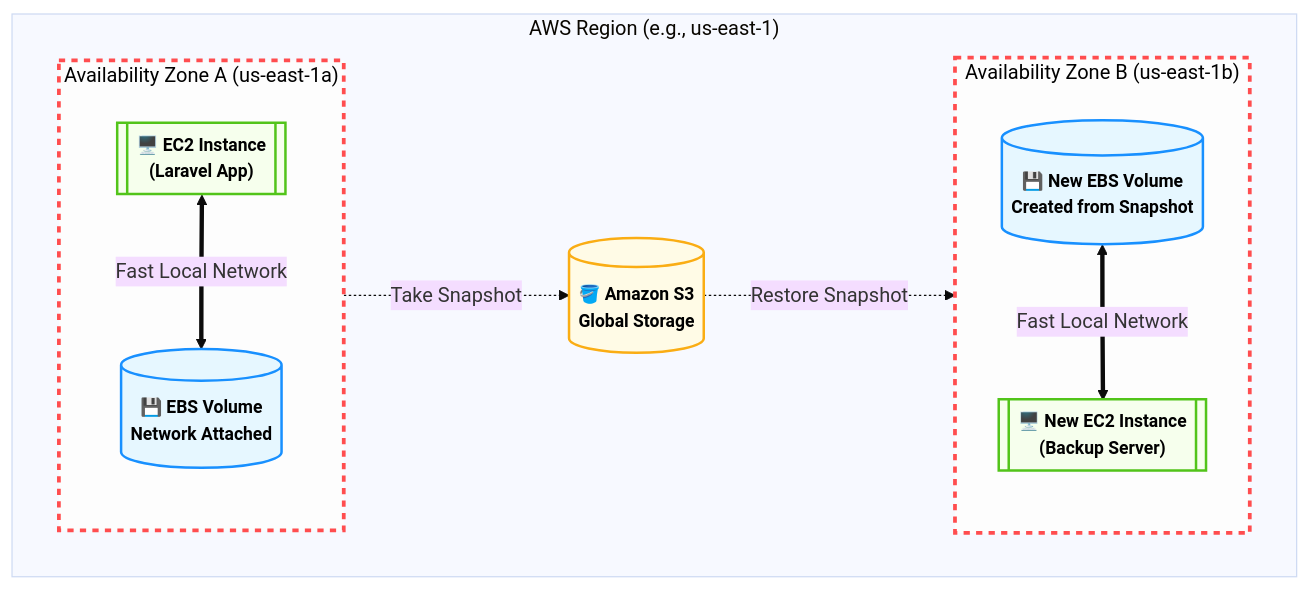
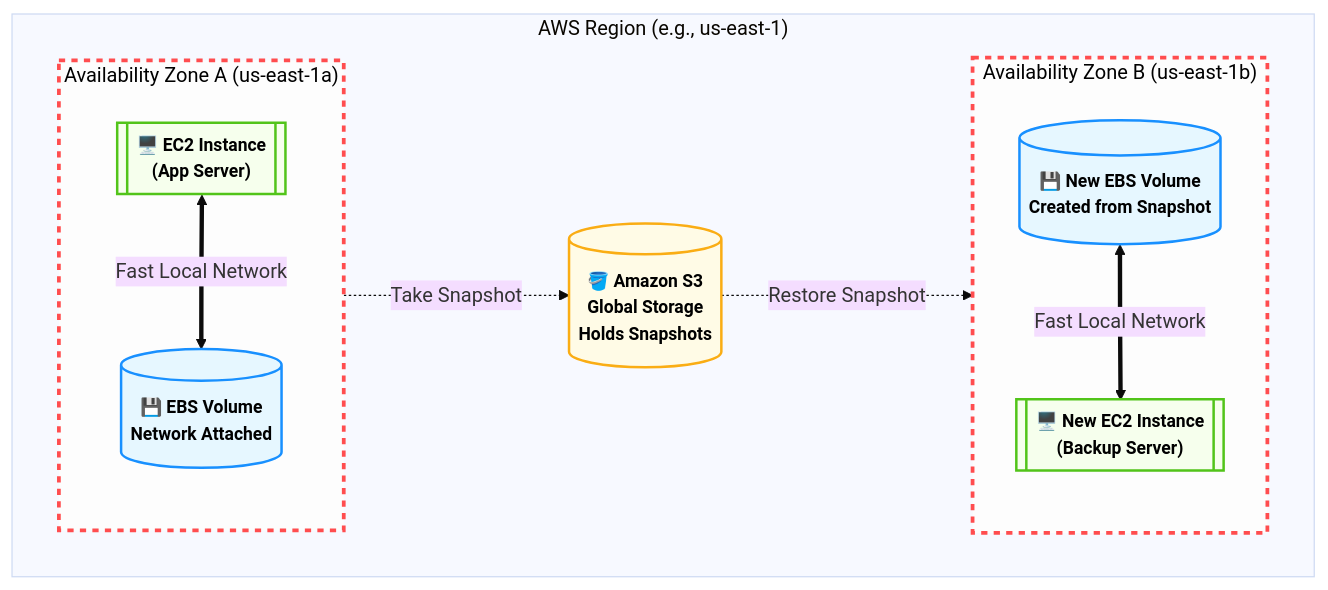
One commit to muhammad-khaled-tech/My-Study-Notes changed the fifth of 8 diagrams in Domain 3.md. Above: the diagram before and after it, drawn with Mermaid (base theme). The commit also changed other lines of this file and 1 other file, not shown here.

````diff
--- a/Domain 3.md
+++ b/Domain 3.md
@@ -468,40 +473,40 @@
 ```mermaid
 flowchart TD
     classDef default font-weight:bold,font-size:14px,stroke-width:2px;
 
     subgraph Region ["AWS Region (e.g., us-east-1)"]
         direction LR
         
         subgraph AZ_A ["Availability Zone A (us-east-1a)"]
             direction TB
-            EC2_1[["🖥️ EC2 Instance</br>(Laravel App)"]]
+            EC2_1[["🖥️ EC2 Instance</br>(App Server)"]]
             EBS_1[("💾 EBS Volume</br>Network Attached")]
             
             EC2_1 <==>|Fast Local Network| EBS_1
         end
 
-        S3[("🪣 Amazon S3</br>Global Storage")]
+        S3[("🪣 Amazon S3</br>Global Storage</br>Holds Snapshots")]
 
         subgraph AZ_B ["Availability Zone B (us-east-1b)"]
             direction TB
             EBS_2[("💾 New EBS Volume</br>Created from Snapshot")]
             EC2_2[["🖥️ New EC2 Instance</br>(Backup Server)"]]
             
             EBS_2 <==>|Fast Local Network| EC2_2
         end
 
         %% Snapshot Travel Process
         EBS_1 -.->|Take Snapshot| S3
         S3 -.->|Restore Snapshot| EBS_2
     end
 
     classDef ec2 fill:#f6ffed,stroke:#52c41a,color:#000;
     classDef ebs fill:#e6f7ff,stroke:#1890ff,color:#000;
     classDef s3 fill:#fffbe6,stroke:#faad14,color:#000;
     classDef az fill:#fdfdfd,stroke:#ff4d4f,stroke-width:3px,color:#000,stroke-dasharray: 5 5;
 
     class EC2_1,EC2_2 ec2;
     class EBS_1,EBS_2 ebs;
     class S3 s3;
     class AZ_A,AZ_B az;
 ```
````
